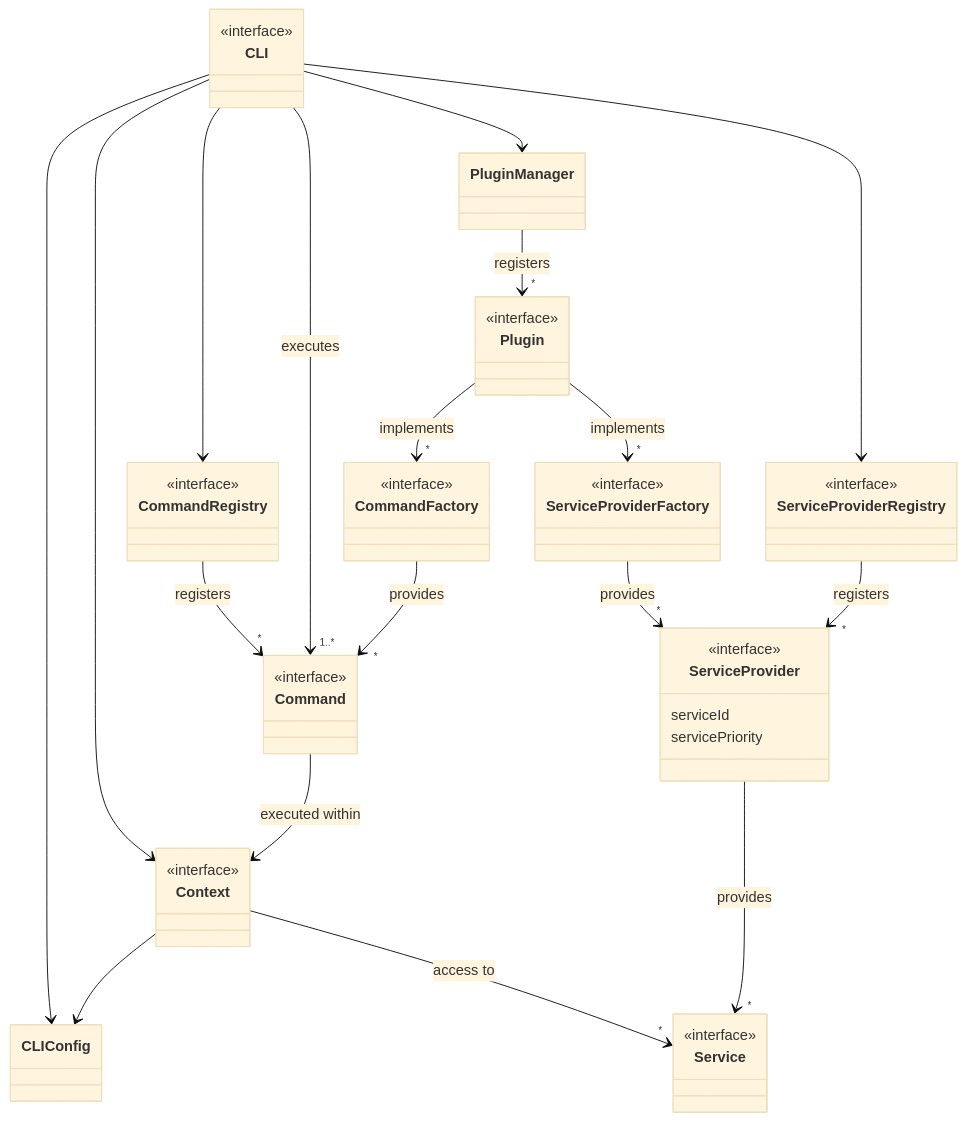
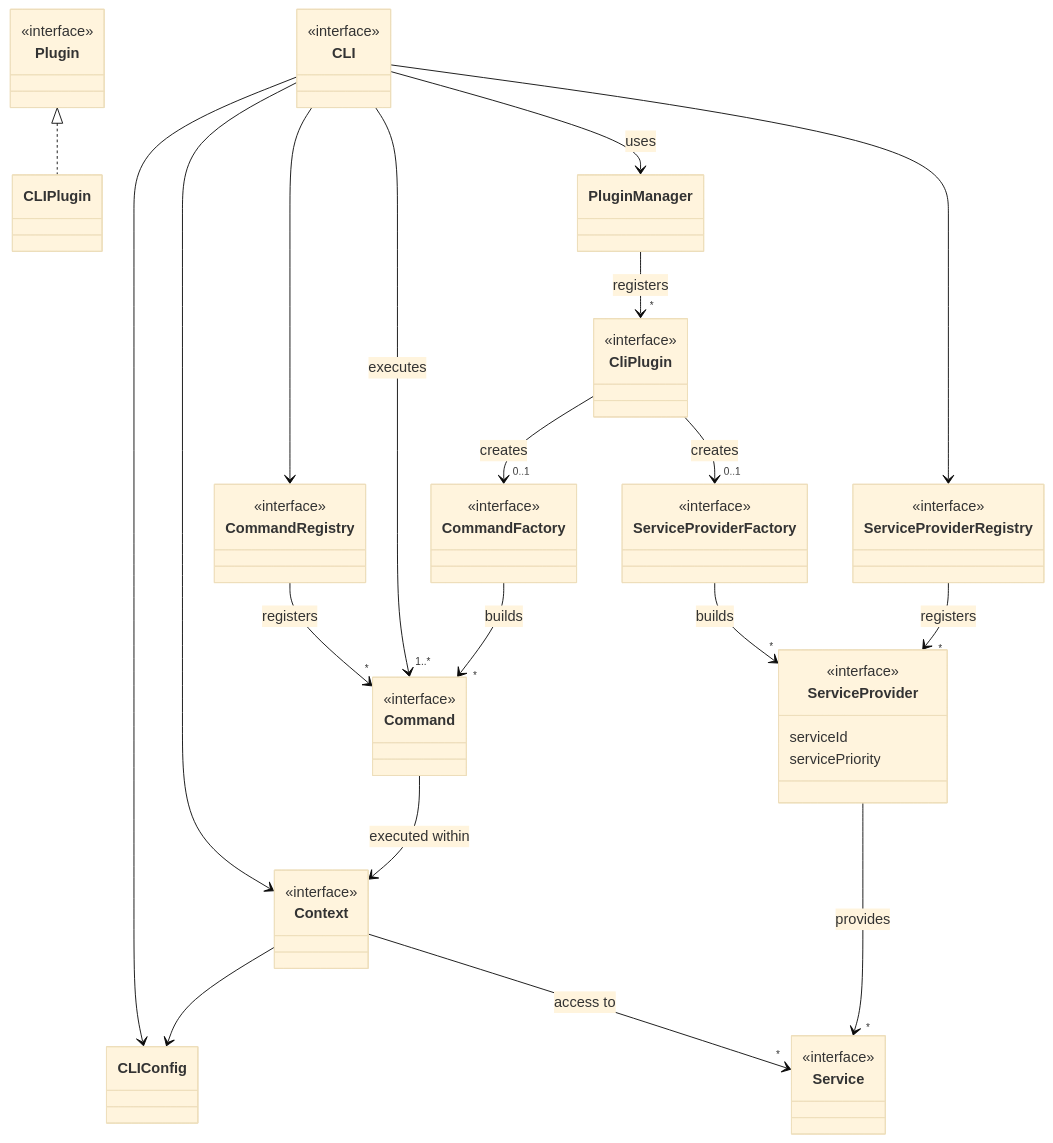
The first of 2 diagrams in README/key-concepts.md (flowscripter/dynamic-cli-framework), drawn with Mermaid (base theme) before and after one commit. The commit also changed other lines of this file and 20 other files, not shown here.

````diff
--- a/README/key-concepts.md
+++ b/README/key-concepts.md
@@ -58,6 +58,28 @@
         <<interface>>
     }
 
+    class Plugin {
+        <<interface>>
+    }
+
+    class CLIPlugin {
+    }
+
+    class PluginManager {
+    }
+
+    class CliPlugin {
+        <<interface>>
+    }
+
+    class CommandFactory {
+        <<interface>>
+    }
+
+    class ServiceProviderFactory {
+        <<interface>>
+    }
+
     CLI --> CLIConfig
 
     CLI --> Context
@@ -78,32 +100,19 @@
 
     ServiceProvider --> "*" Service : provides
 
-    class PluginManager {
-    }
-
-    class Plugin {
-        <<interface>>
-    }
-
-    CLI --> PluginManager
-
-    class CommandFactory {
-        <<interface>>
-    }
-
-    class ServiceProviderFactory {
-        <<interface>>
-    }
+    CLI --> PluginManager : uses
 
     CLI-->ServiceProviderRegistry
 
-    PluginManager --> "*" Plugin : registers
+    PluginManager --> "*" CliPlugin : registers
 
-    Plugin --> "*" CommandFactory: implements
+    Plugin <|.. CLIPlugin
 
-    Plugin --> "*" ServiceProviderFactory: implements
+    CliPlugin --> "0..1" CommandFactory : creates
 
-    CommandFactory --> "*" Command : provides
+    CliPlugin --> "0..1" ServiceProviderFactory : creates
 
-    ServiceProviderFactory --> "*" ServiceProvider : provides
+    CommandFactory --> "*" Command : builds
+
+    ServiceProviderFactory --> "*" ServiceProvider : builds
 ```
````
